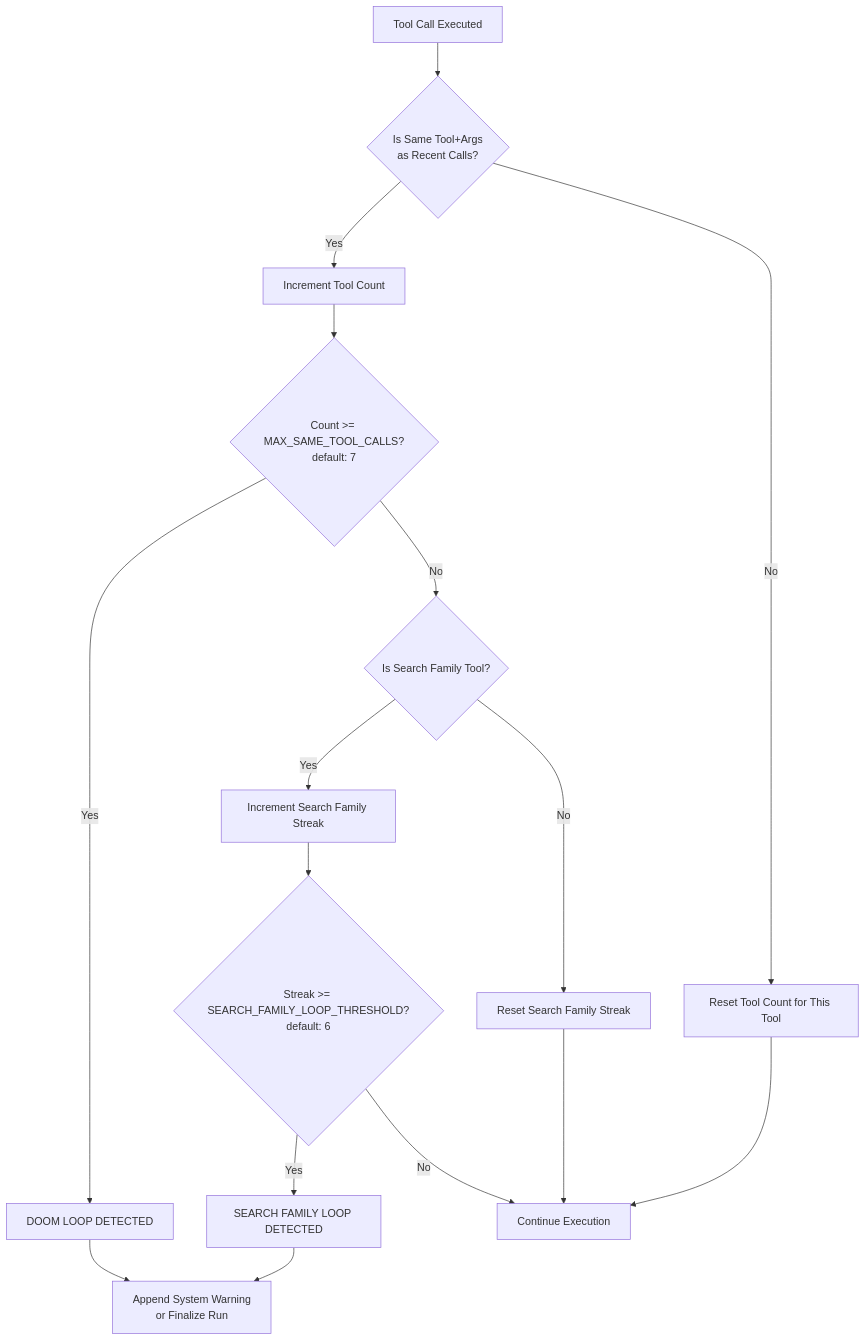
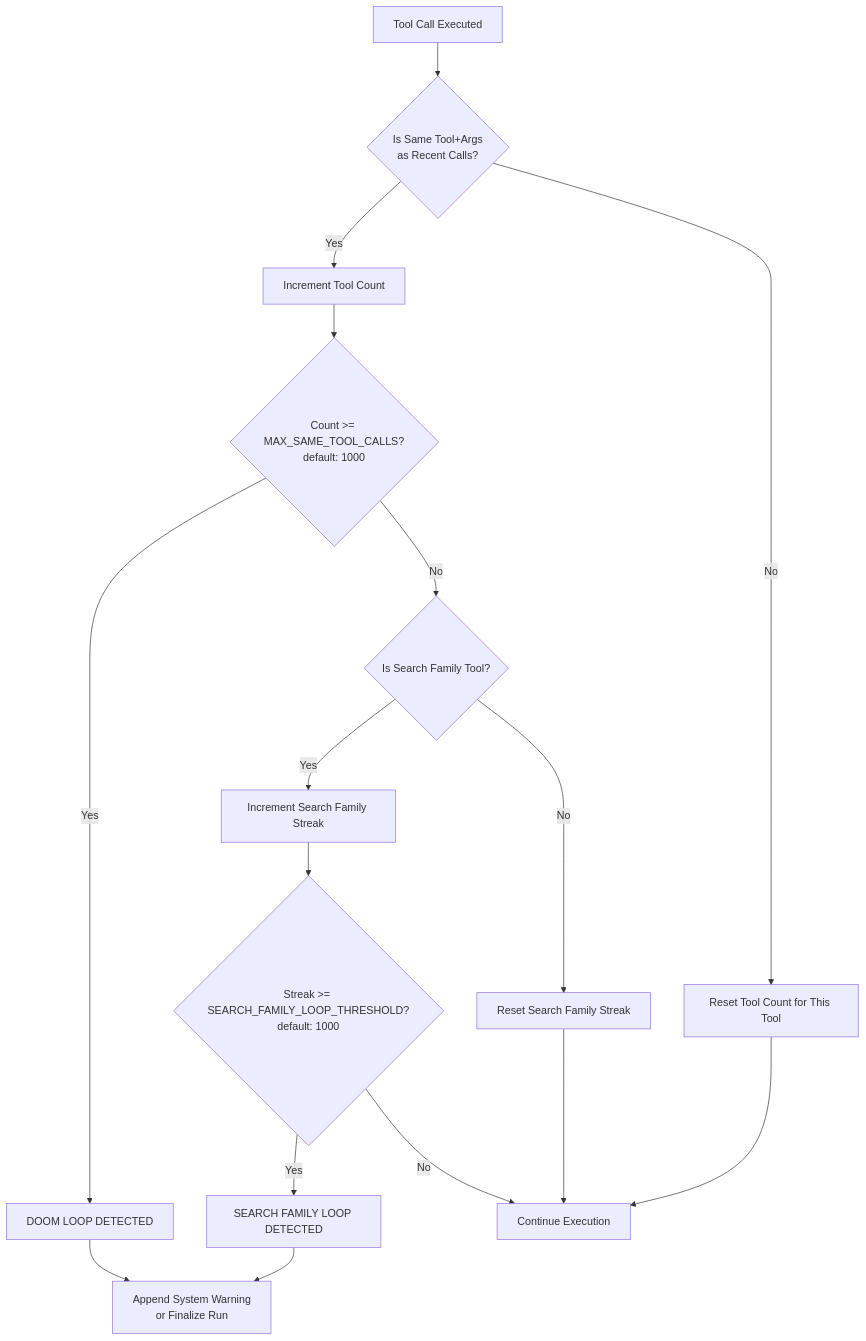
Before and after one commit to RajdeepDevelopment/smoke-monkey-desktop: the third of 5 diagrams in README.md, drawn with Mermaid. The commit also changed other lines of this file and 2 other files, not shown here.

````diff
--- a/README.md
+++ b/README.md
@@ -132,18 +140,18 @@
 ```mermaid
 flowchart TD
     A[Tool Call Executed] --> B{Is Same Tool+Args<br/>as Recent Calls?}
     B -- Yes --> C[Increment Tool Count]
     B -- No --> D[Reset Tool Count for This Tool]
-    C --> E{Count >= MAX_SAME_TOOL_CALLS?<br/>default: 7}
+    C --> E{Count >= MAX_SAME_TOOL_CALLS?<br/>default: 1000}
     E -- Yes --> F[DOOM LOOP DETECTED]
     E -- No --> G{Is Search Family Tool?}
     G -- Yes --> H[Increment Search Family Streak]
     G -- No --> I[Reset Search Family Streak]
-    H --> J{Streak >= SEARCH_FAMILY_LOOP_THRESHOLD?<br/>default: 6}
+    H --> J{Streak >= SEARCH_FAMILY_LOOP_THRESHOLD?<br/>default: 1000}
     J -- Yes --> K[SEARCH FAMILY LOOP DETECTED]
     J -- No --> L[Continue Execution]
     I --> L
     D --> L
     F --> M[Append System Warning<br/>or Finalize Run]
     K --> M
 ```
````
